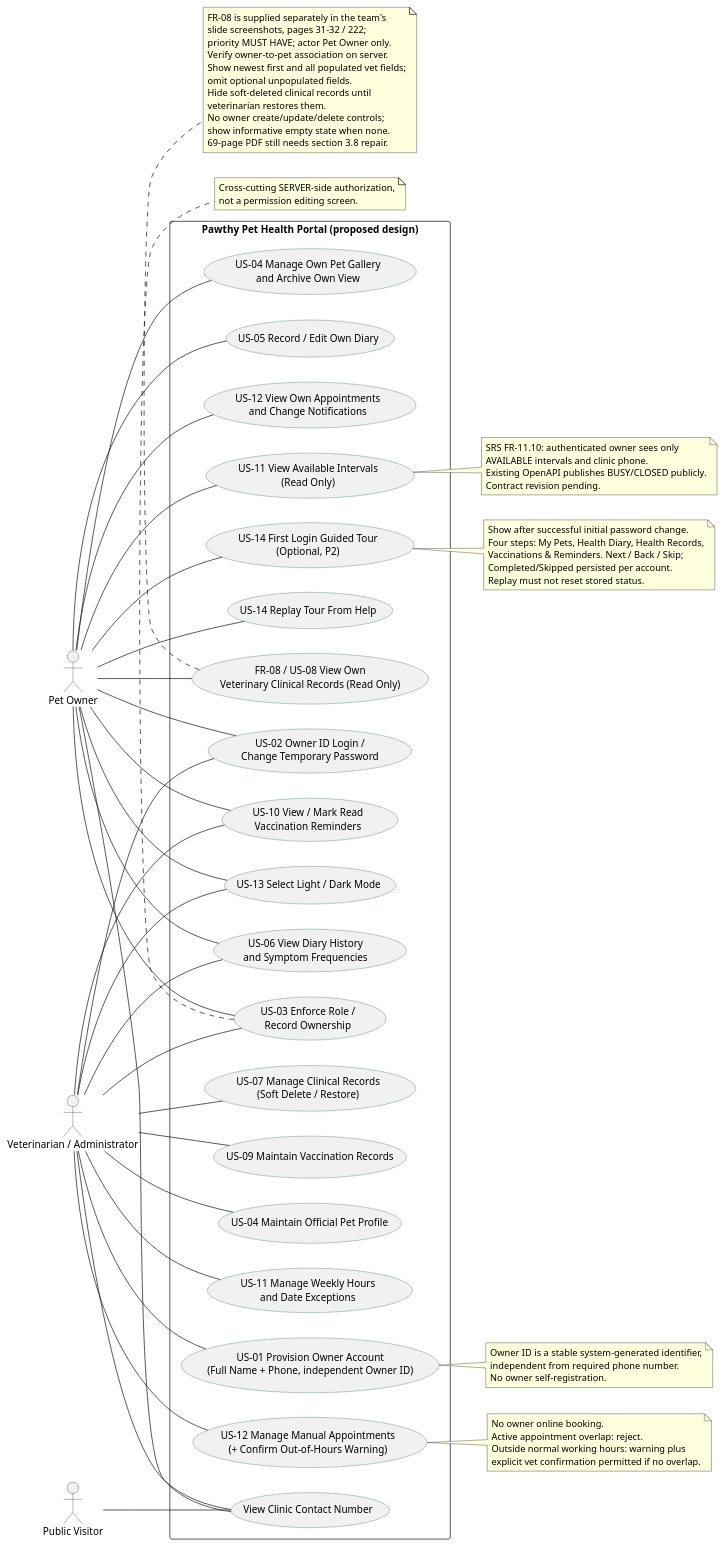
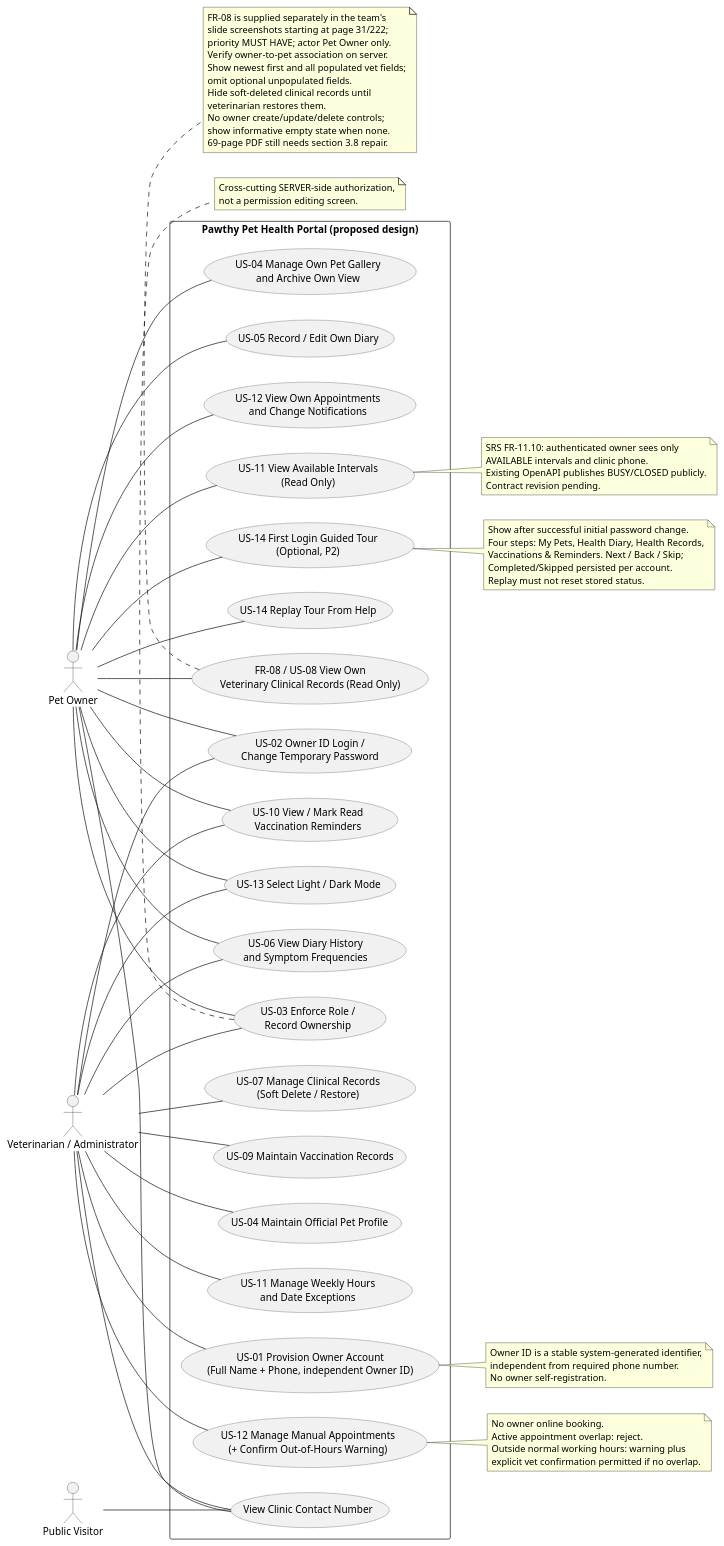
One commit to Efesen10/Pawthy changed the diagram in docs/uml-diagrams/use-cases.puml. Above: the diagram before and after it, drawn with PlantUML.

Commit message:
docs: clarify FR-08 screenshot source pagination

```diff
--- a/docs/uml-diagrams/use-cases.puml
+++ b/docs/uml-diagrams/use-cases.puml
@@ -1,101 +1,101 @@
 @startuml Pawthy_Use_Cases_Sprint2_SRS_20261120
 left to right direction
 skinparam packageStyle rectangle
 skinparam usecaseBorderColor #45676A
 skinparam actorBorderColor #333333
 
 actor "Pet Owner" as Owner
 actor "Veterinarian / Administrator" as Vet
 actor "Public Visitor" as Public
 
 rectangle "Pawthy Pet Health Portal (proposed design)" {
  usecase "US-01 Provision Owner Account\n(Full Name + Phone, independent Owner ID)" as UC01
  usecase "US-02 Owner ID Login /\nChange Temporary Password" as UC02
  usecase "US-03 Enforce Role /\nRecord Ownership" as UC03
  usecase "US-04 Maintain Official Pet Profile" as UC04
  usecase "US-04 Manage Own Pet Gallery\nand Archive Own View" as UC04O
  usecase "US-05 Record / Edit Own Diary" as UC05
  usecase "US-06 View Diary History\nand Symptom Frequencies" as UC06
  usecase "US-07 Manage Clinical Records\n(Soft Delete / Restore)" as UC07
  usecase "FR-08 / US-08 View Own\nVeterinary Clinical Records (Read Only)" as UC08
  usecase "US-09 Maintain Vaccination Records" as UC09
  usecase "US-10 View / Mark Read\nVaccination Reminders" as UC10
  usecase "US-11 Manage Weekly Hours\nand Date Exceptions" as UC11V
  usecase "US-11 View Available Intervals\n(Read Only)" as UC11O
  usecase "US-12 Manage Manual Appointments\n(+ Confirm Out-of-Hours Warning)" as UC12V
  usecase "US-12 View Own Appointments\nand Change Notifications" as UC12O
  usecase "US-13 Select Light / Dark Mode" as UC13
  usecase "US-14 First Login Guided Tour\n(Optional, P2)" as UC14
  usecase "US-14 Replay Tour From Help" as UC14R
  usecase "View Clinic Contact Number" as UCC
 }
 
 Vet -- UC01
 Vet -- UC02
 Owner -- UC02
 Vet -- UC03
 Owner -- UC03
 Vet -- UC04
 Owner -- UC04O
 Owner -- UC05
 Owner -- UC06
 Vet -- UC06
 Vet -- UC07
 Owner -- UC08
 Vet -- UC09
 Owner -- UC10
 Vet -- UC10
 Vet -- UC11V
 Owner -- UC11O
 Vet -- UC12V
 Owner -- UC12O
 Owner -- UC13
 Vet -- UC13
 Owner -- UC14
 Owner -- UC14R
 Owner -- UCC
 Vet -- UCC
 Public -- UCC
 
 note right of UC01
  Owner ID is a stable system-generated identifier,
  independent from required phone number.
  No owner self-registration.
 end note
 note right of UC11O
  SRS FR-11.10: authenticated owner sees only
  AVAILABLE intervals and clinic phone.
  Existing OpenAPI publishes BUSY/CLOSED publicly.
  Contract revision pending.
 end note
 note right of UC12V
  No owner online booking.
  Active appointment overlap: reject.
  Outside normal working hours: warning plus
  explicit vet confirmation permitted if no overlap.
 end note
 note right of UC14
  Show after successful initial password change.
  Four steps: My Pets, Health Diary, Health Records,
  Vaccinations & Reminders. Next / Back / Skip;
  Completed/Skipped persisted per account.
  Replay must not reset stored status.
 end note
 note bottom of UC08
  FR-08 is supplied separately in the team's
- slide screenshots, pages 31-32 / 222;
+ slide screenshots starting at page 31/222;
  priority MUST HAVE; actor Pet Owner only.
  Verify owner-to-pet association on server.
  Show newest first and all populated vet fields;
  omit optional unpopulated fields.
  Hide soft-deleted clinical records until
  veterinarian restores them.
  No owner create/update/delete controls;
  show informative empty state when none.
  69-page PDF still needs section 3.8 repair.
 end note
 note bottom of UC03
  Cross-cutting SERVER-side authorization,
  not a permission editing screen.
 end note
 @enduml
```
